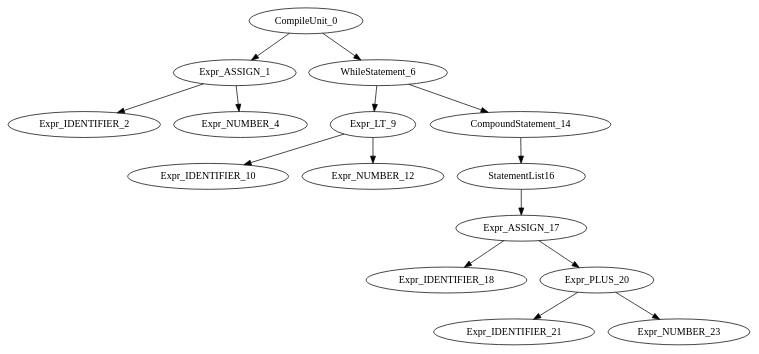
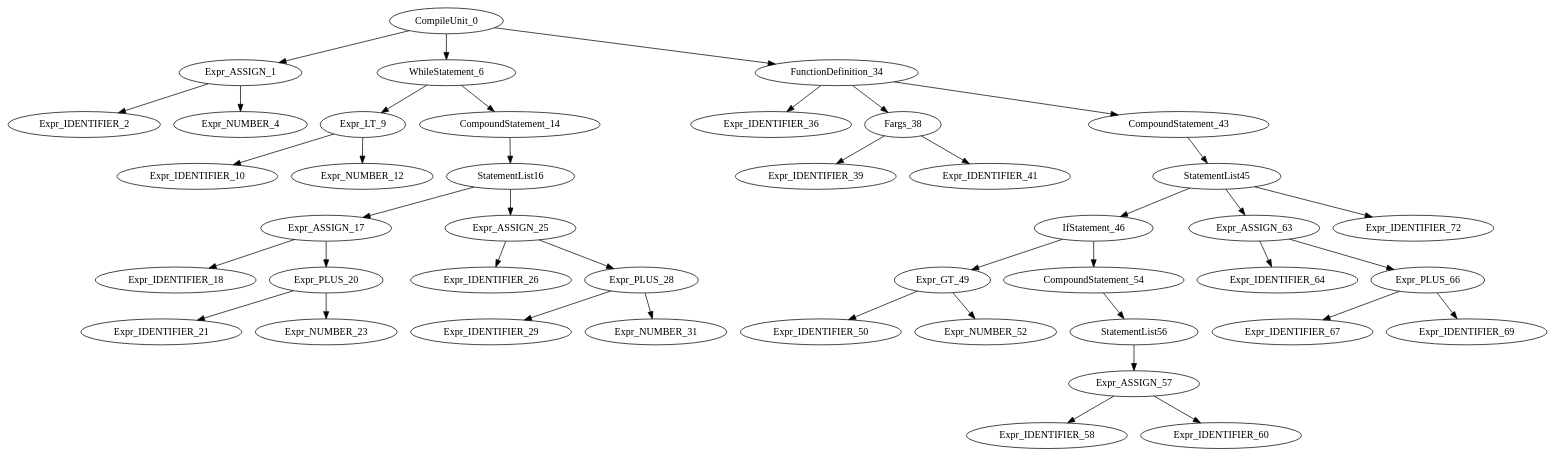
Before and after one commit to dhmhgreCompilersII/MINIC2C: the diagram in MINIC2C/TestBench/test.dot, drawn with Graphviz. The commit also changed 13 other files, not shown here.

```diff
--- a/MINIC2C/TestBench/test.dot
+++ b/MINIC2C/TestBench/test.dot
@@ -1,16 +1,43 @@
 digraph G{
 "CompileUnit_0"->"Expr_ASSIGN_1";
 "Expr_ASSIGN_1"->"Expr_IDENTIFIER_2";
 "Expr_ASSIGN_1"->"Expr_NUMBER_4";
 "CompileUnit_0"->"WhileStatement_6";
 "WhileStatement_6"->"Expr_LT_9";
 "Expr_LT_9"->"Expr_IDENTIFIER_10";
 "Expr_LT_9"->"Expr_NUMBER_12";
 "WhileStatement_6"->"CompoundStatement_14";
 "CompoundStatement_14"->"StatementList16";
 "StatementList16"->"Expr_ASSIGN_17";
 "Expr_ASSIGN_17"->"Expr_IDENTIFIER_18";
 "Expr_ASSIGN_17"->"Expr_PLUS_20";
 "Expr_PLUS_20"->"Expr_IDENTIFIER_21";
 "Expr_PLUS_20"->"Expr_NUMBER_23";
+"StatementList16"->"Expr_ASSIGN_25";
+"Expr_ASSIGN_25"->"Expr_IDENTIFIER_26";
+"Expr_ASSIGN_25"->"Expr_PLUS_28";
+"Expr_PLUS_28"->"Expr_IDENTIFIER_29";
+"Expr_PLUS_28"->"Expr_NUMBER_31";
+"CompileUnit_0"->"FunctionDefinition_34";
+"FunctionDefinition_34"->"Expr_IDENTIFIER_36";
+"FunctionDefinition_34"->"Fargs_38";
+"Fargs_38"->"Expr_IDENTIFIER_39";
+"Fargs_38"->"Expr_IDENTIFIER_41";
+"FunctionDefinition_34"->"CompoundStatement_43";
+"CompoundStatement_43"->"StatementList45";
+"StatementList45"->"IfStatement_46";
+"IfStatement_46"->"Expr_GT_49";
+"Expr_GT_49"->"Expr_IDENTIFIER_50";
+"Expr_GT_49"->"Expr_NUMBER_52";
+"IfStatement_46"->"CompoundStatement_54";
+"CompoundStatement_54"->"StatementList56";
+"StatementList56"->"Expr_ASSIGN_57";
+"Expr_ASSIGN_57"->"Expr_IDENTIFIER_58";
+"Expr_ASSIGN_57"->"Expr_IDENTIFIER_60";
+"StatementList45"->"Expr_ASSIGN_63";
+"Expr_ASSIGN_63"->"Expr_IDENTIFIER_64";
+"Expr_ASSIGN_63"->"Expr_PLUS_66";
+"Expr_PLUS_66"->"Expr_IDENTIFIER_67";
+"Expr_PLUS_66"->"Expr_IDENTIFIER_69";
+"StatementList45"->"Expr_IDENTIFIER_72";
 }
```
